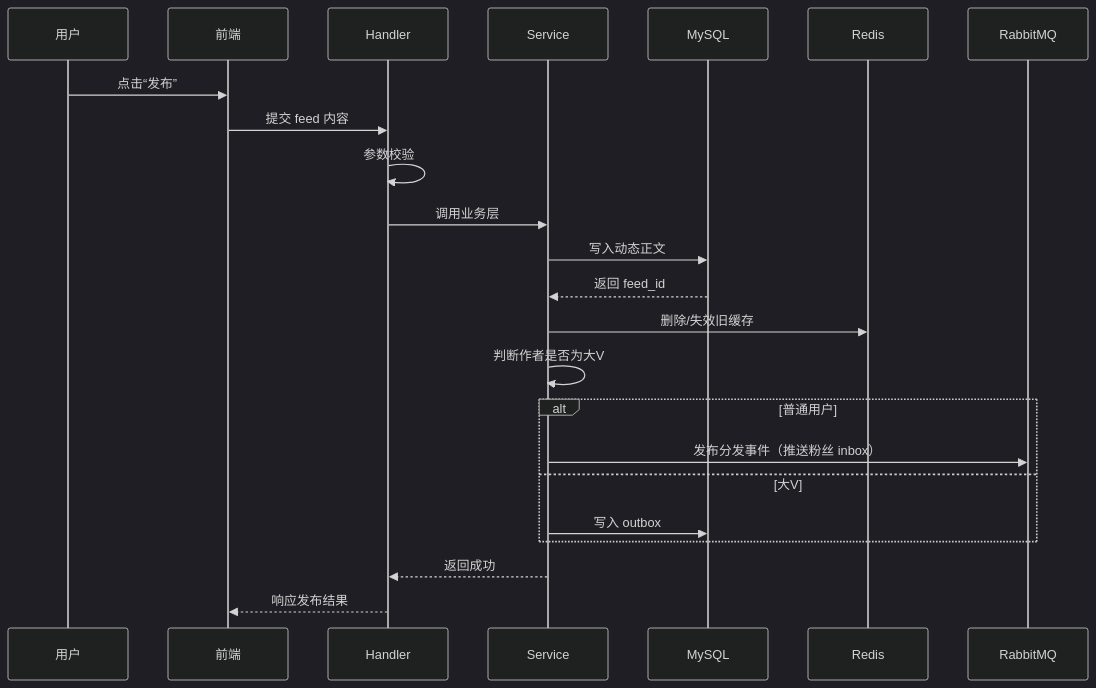
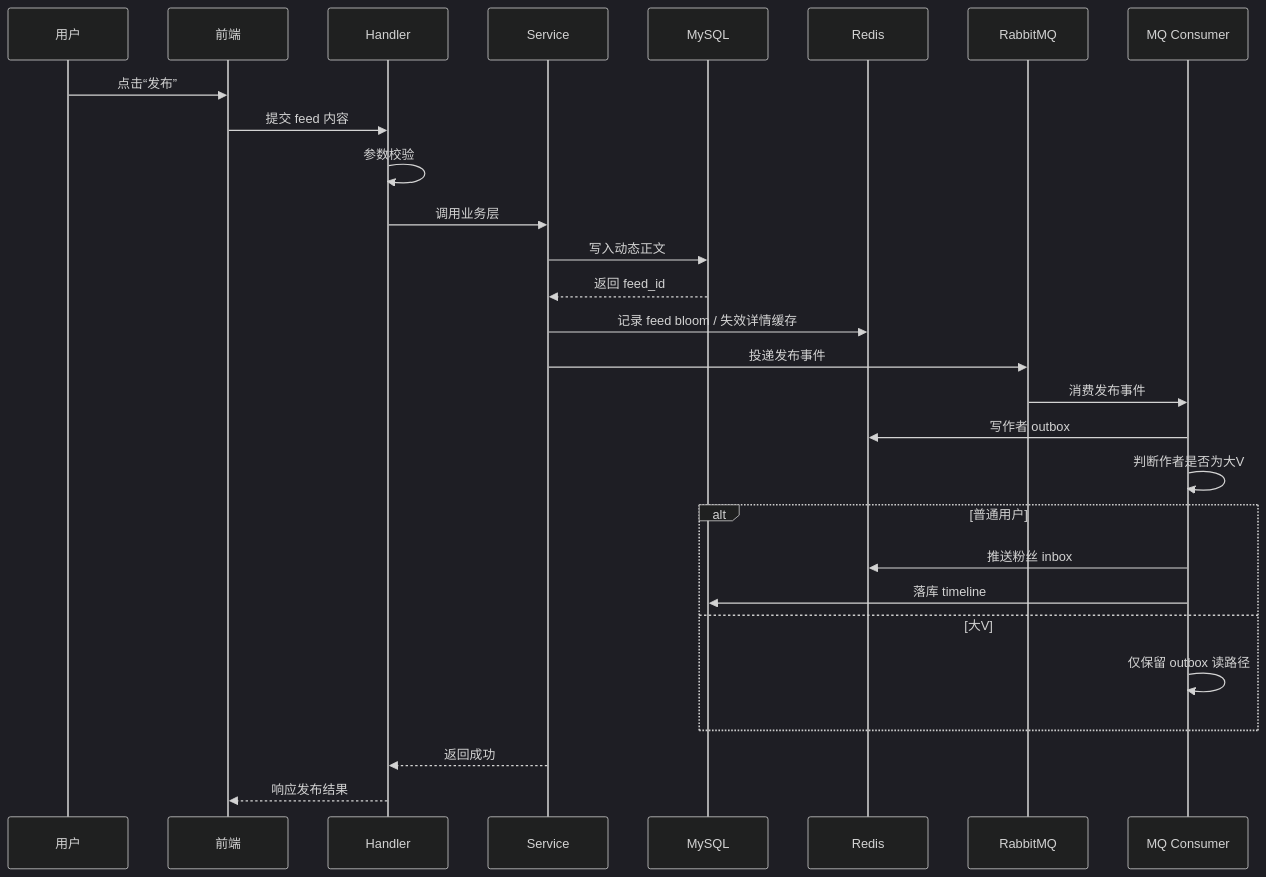
One commit to hzEnv71/feedlink changed the third of 9 diagrams in learn.md. Above: the diagram before and after it, drawn with Mermaid (dark theme). The commit also changed other lines of this file and 38 other files, not shown here.

````diff
--- a/learn.md
+++ b/learn.md
@@ -185,26 +190,31 @@
 ```mermaid
 sequenceDiagram
     participant U as 用户
     participant F as 前端
     participant H as Handler
     participant S as Service
     participant D as MySQL
     participant C as Redis
     participant Q as RabbitMQ
+    participant W as MQ Consumer
 
     U->>F: 点击“发布”
     F->>H: 提交 feed 内容
     H->>H: 参数校验
     H->>S: 调用业务层
     S->>D: 写入动态正文
     D-->>S: 返回 feed_id
-    S->>C: 删除/失效旧缓存
-    S->>S: 判断作者是否为大V
+    S->>C: 记录 feed bloom / 失效详情缓存
+    S->>Q: 投递发布事件
+    Q->>W: 消费发布事件
+    W->>C: 写作者 outbox
+    W->>W: 判断作者是否为大V
     alt 普通用户
-        S->>Q: 发布分发事件（推送粉丝 inbox）
+        W->>C: 推送粉丝 inbox
+        W->>D: 落库 timeline
     else 大V
-        S->>D: 写入 outbox
+        W->>W: 仅保留 outbox 读路径
     end
     S-->>H: 返回成功
     H-->>F: 响应发布结果
 ```
````
